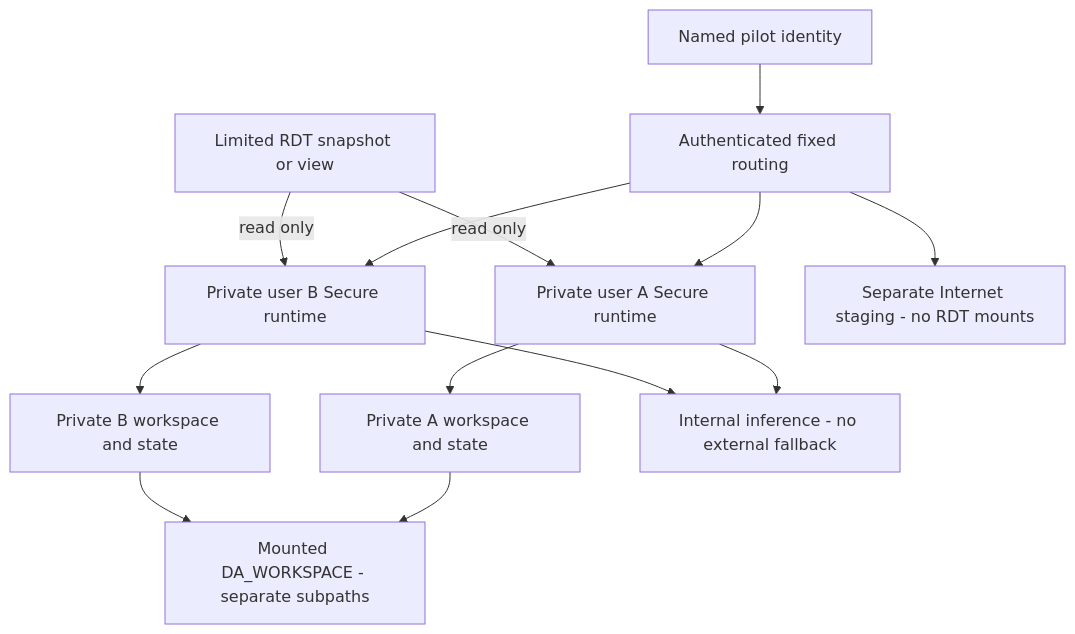
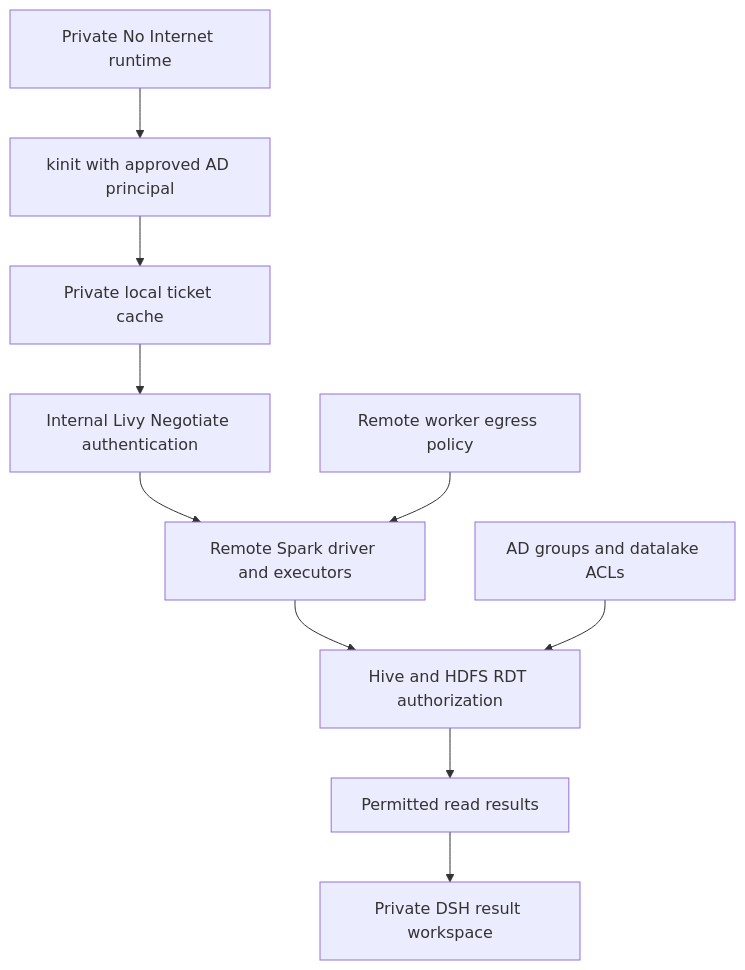
One commit to skunpoj/dsh_setup changed the second of 3 diagrams in docs/DSH_RDT_PILOT_SECURITY_CONTROL_ASSESSMENT.md. Above: the diagram before and after it, drawn with Mermaid. The commit also changed other lines of this file and 41 other files, not shown here.

Commit message:
Deploy private DSH runtimes and datalake-aware network controls

````diff
--- a/docs/DSH_RDT_PILOT_SECURITY_CONTROL_ASSESSMENT.md
+++ b/docs/DSH_RDT_PILOT_SECURITY_CONTROL_ASSESSMENT.md
@@ -122,15 +73,12 @@
 ```mermaid
 flowchart TB
- U[Named pilot identity] --> G[Authenticated fixed routing]
- G --> A[Private user A Secure runtime]
- G --> B[Private user B Secure runtime]
- R[Limited RDT snapshot or view] -->|read only| A
- R -->|read only| B
- A --> AV[Private A workspace and state]
- B --> BV[Private B workspace and state]
- AV --> DA[Mounted DA_WORKSPACE - separate subpaths]
- BV --> DA
- A --> L[Internal inference - no external fallback]
- B --> L
- G --> I[Separate Internet staging - no RDT mounts]
+ D[Private No Internet runtime] --> KA[kinit with approved AD principal]
+ KA --> KC[Private local ticket cache]
+ KC --> L[Internal Livy Negotiate authentication]
+ L --> S[Remote Spark driver and executors]
+ S --> R[Hive and HDFS RDT authorization]
+ R --> O[Permitted read results]
+ O --> W[Private DSH result workspace]
+ P[AD groups and datalake ACLs] --> R
+ X[Remote worker egress policy] --> S
 ```
````
